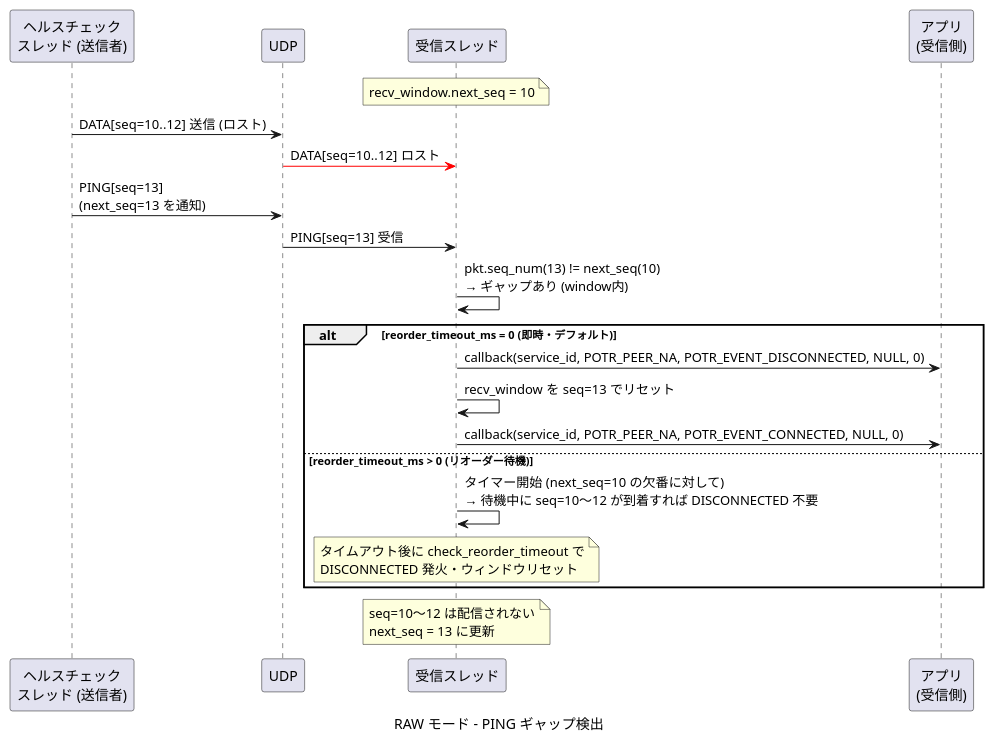
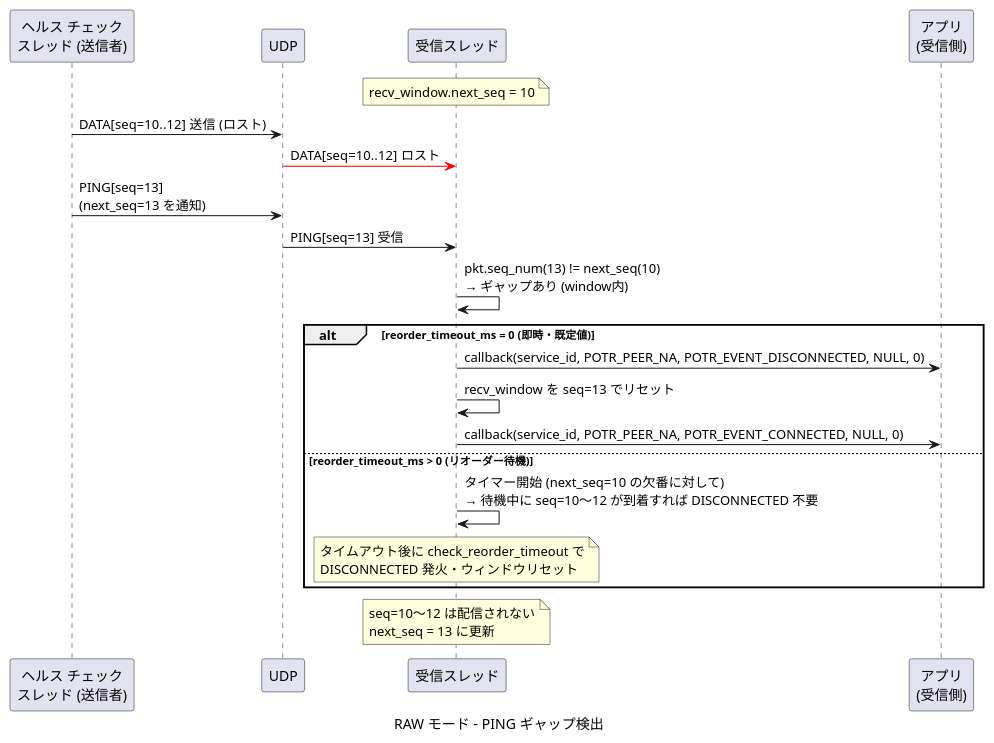
One commit to Hondarer/app_porter changed the ninth of 9 diagrams in docs/sequence-data.md. Above: the diagram before and after it, drawn with PlantUML. The commit also changed other lines of this file and 73 other files, not shown here.

````diff
--- a/docs/sequence-data.md
+++ b/docs/sequence-data.md
@@ -333,32 +333,32 @@
 ```plantuml
 @startuml RAW モード - PING ギャップ検出
 caption RAW モード - PING ギャップ検出
 
-participant "ヘルスチェック\nスレッド (送信者)" as HT
+participant "ヘルス チェック\nスレッド (送信者)" as HT
 participant "UDP" as UDP
 participant "受信スレッド" as RRT
 participant "アプリ\n(受信側)" as RAPP
 
 note over RRT: recv_window.next_seq = 10
 
 HT -> UDP: DATA[seq=10..12] 送信 (ロスト)
 UDP -[#red]> RRT: DATA[seq=10..12] ロスト
 
 HT -> UDP: PING[seq=13]\n(next_seq=13 を通知)
 UDP -> RRT: PING[seq=13] 受信
 
 RRT -> RRT: pkt.seq_num(13) != next_seq(10)\n→ ギャップあり (window内)
 
-alt reorder_timeout_ms = 0 (即時・デフォルト)
+alt reorder_timeout_ms = 0 (即時・既定値)
   RRT -> RAPP: callback(service_id, POTR_PEER_NA, POTR_EVENT_DISCONNECTED, NULL, 0)
   RRT -> RRT: recv_window を seq=13 でリセット
   RRT -> RAPP: callback(service_id, POTR_PEER_NA, POTR_EVENT_CONNECTED, NULL, 0)
 else reorder_timeout_ms > 0 (リオーダー待機)
   RRT -> RRT: タイマー開始 (next_seq=10 の欠番に対して)\n→ 待機中に seq=10〜12 が到着すれば DISCONNECTED 不要
   note over RRT: タイムアウト後に check_reorder_timeout で\nDISCONNECTED 発火・ウィンドウリセット
 end
 
 note over RRT: seq=10〜12 は配信されない\nnext_seq = 13 に更新
 
 @enduml
 ```
````
